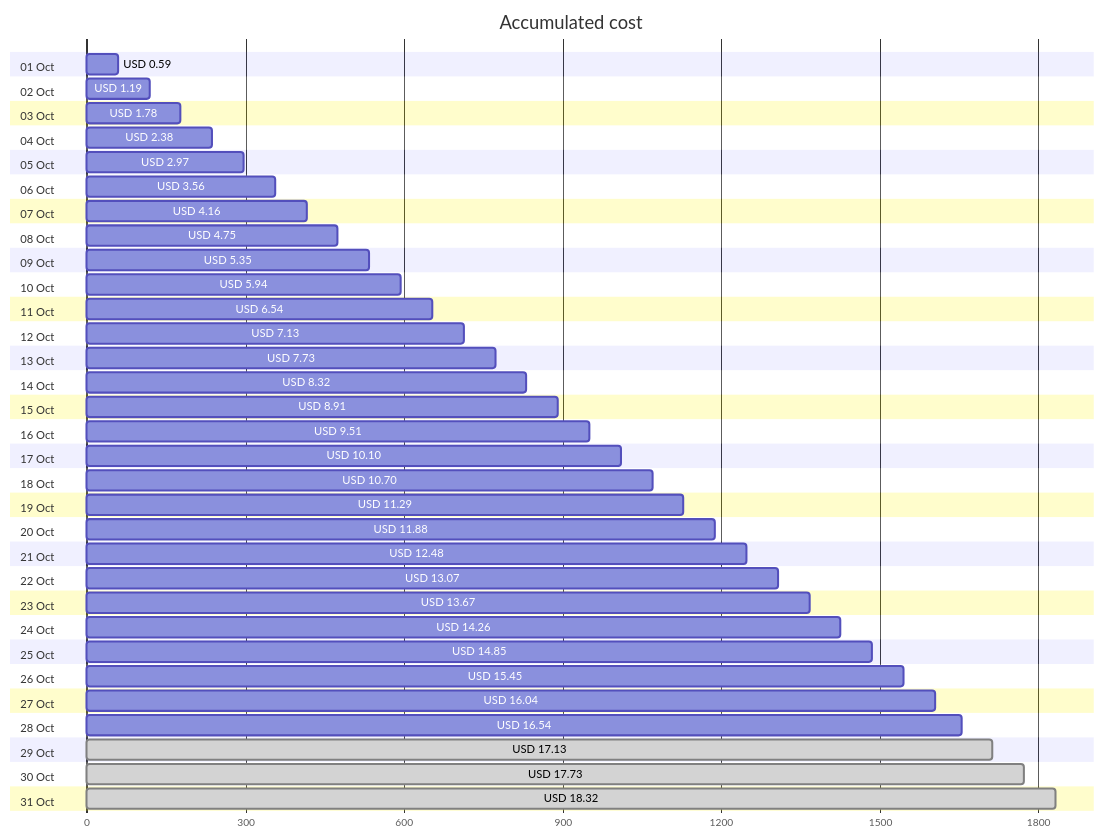
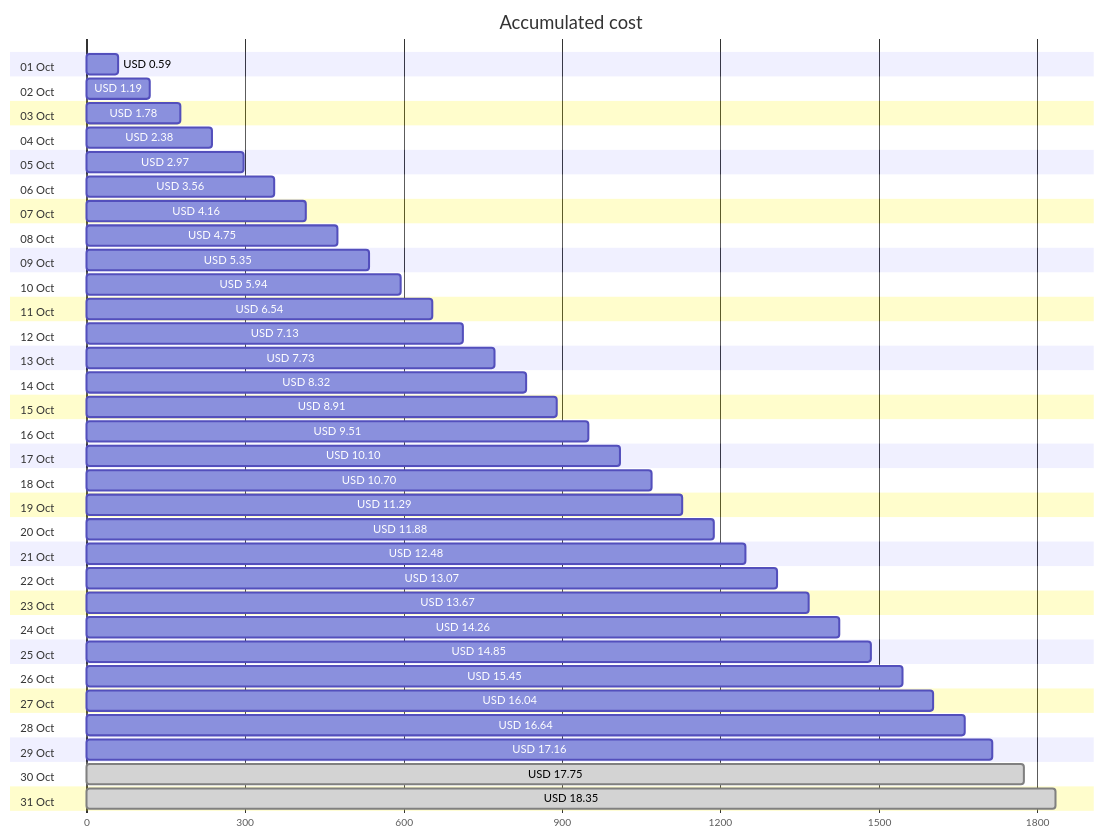
One commit to jpfulton/azure-personal-reports changed the first of 4 diagrams in cost-reports/personal-site/README.md. Above: the diagram before and after it, drawn with Mermaid. The commit also changed other lines of this file and 7 other files, not shown here.

````diff
--- a/cost-reports/personal-site/README.md
+++ b/cost-reports/personal-site/README.md
@@ -20,68 +20,68 @@
 ```mermaid
 gantt
    title Accumulated cost
    dateFormat  X
    axisFormat %s
    section 01 Oct
    USD 0.59 :0, 59
    section 02 Oct
    USD 1.19 :0, 119
    section 03 Oct
    USD 1.78 :0, 178
    section 04 Oct
    USD 2.38 :0, 238
    section 05 Oct
    USD 2.97 :0, 297
    section 06 Oct
    USD 3.56 :0, 356
    section 07 Oct
    USD 4.16 :0, 416
    section 08 Oct
    USD 4.75 :0, 475
    section 09 Oct
    USD 5.35 :0, 535
    section 10 Oct
    USD 5.94 :0, 594
    section 11 Oct
    USD 6.54 :0, 654
    section 12 Oct
    USD 7.13 :0, 713
    section 13 Oct
    USD 7.73 :0, 773
    section 14 Oct
    USD 8.32 :0, 832
    section 15 Oct
    USD 8.91 :0, 891
    section 16 Oct
    USD 9.51 :0, 951
    section 17 Oct
    USD 10.10 :0, 1010
    section 18 Oct
    USD 10.70 :0, 1070
    section 19 Oct
    USD 11.29 :0, 1129
    section 20 Oct
    USD 11.88 :0, 1188
    section 21 Oct
    USD 12.48 :0, 1248
    section 22 Oct
    USD 13.07 :0, 1307
    section 23 Oct
    USD 13.67 :0, 1367
    section 24 Oct
    USD 14.26 :0, 1426
    section 25 Oct
    USD 14.85 :0, 1485
    section 26 Oct
    USD 15.45 :0, 1545
    section 27 Oct
    USD 16.04 :0, 1604
    section 28 Oct
-   USD 16.54 :0, 1654
+   USD 16.64 :0, 1664
    section 29 Oct
-   USD 17.13 : done, 0, 1713
+   USD 17.16 :0, 1716
    section 30 Oct
-   USD 17.73 : done, 0, 1773
+   USD 17.75 : done, 0, 1775
    section 31 Oct
-   USD 18.32 : done, 0, 1832
+   USD 18.35 : done, 0, 1835
 ```
````
